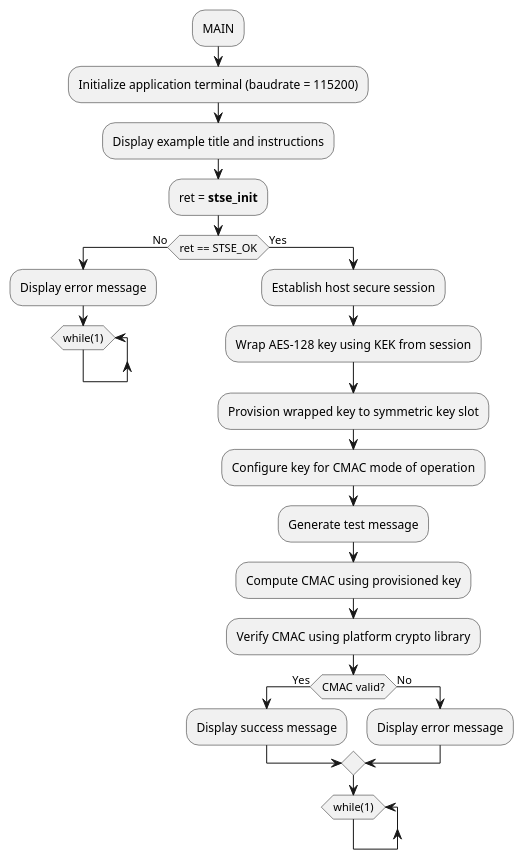
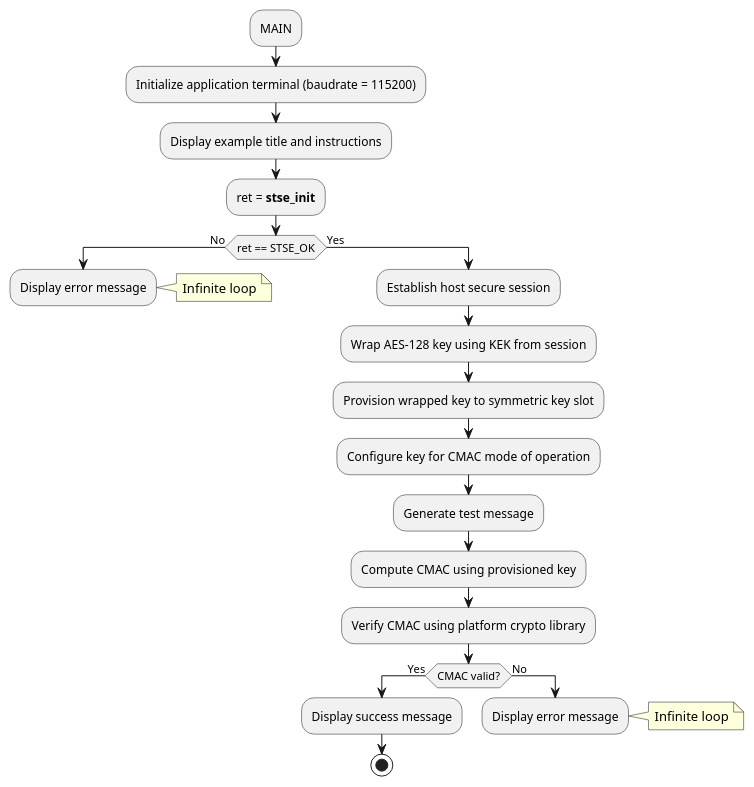
One commit to Grom-perso/STSAFE-A120_examples_dev changed the diagram in Documentation/resources/Markdown/03_Project_examples_description/Symmetric_key_provisioning_wrapped_AES-128_CMAC/STSAFE-A120_Symmetric_key_provisioning_wrapped_AES-128_CMAC.md. Above: the diagram before and after it, drawn with PlantUML. The commit also changed 23 other files, not shown here.

```diff
--- a/Documentation/resources/Markdown/03_Project_examples_description/Symmetric_key_provisioning_wrapped_AES-128_CMAC/STSAFE-A120_Symmetric_key_provisioning_wrapped_AES-128_CMAC.md
+++ b/Documentation/resources/Markdown/03_Project_examples_description/Symmetric_key_provisioning_wrapped_AES-128_CMAC/STSAFE-A120_Symmetric_key_provisioning_wrapped_AES-128_CMAC.md
@@ -11,30 +11,29 @@
 @startuml "Wrapped AES-128 Key Provisioning CMAC flowchart" width=5cm
 	:MAIN;
 	:Initialize application terminal (baudrate = 115200);
 	:Display example title and instructions;
 	:ret = <b>stse_init</b>;
 	if(ret == STSE_OK) then (No)
-	:Display error message;
-	while (while(1))
-	end while
-	-[hidden]->
-	detach
+		:Display error message;
+		note right: Infinite loop
+		-[hidden]->
+		detach
 	else (Yes)
-	:Establish host secure session;
-	:Wrap AES-128 key using KEK from session;
-	:Provision wrapped key to symmetric key slot;
-	:Configure key for CMAC mode of operation;
-	:Generate test message;
-	:Compute CMAC using provisioned key;
-	:Verify CMAC using platform crypto library;
-	if(CMAC valid?) then (Yes)
-	:Display success message;
-	else (No)
-	:Display error message;
-	endif
-	while (while(1))
-	end while
-	-[hidden]->
-	detach
+		:Establish host secure session;
+		:Wrap AES-128 key using KEK from session;
+		:Provision wrapped key to symmetric key slot;
+		:Configure key for CMAC mode of operation;
+		:Generate test message;
+		:Compute CMAC using provisioned key;
+		:Verify CMAC using platform crypto library;
+		if(CMAC valid?) then (Yes)
+			:Display success message;
+			stop
+		else (No)
+			:Display error message;
+			note right: Infinite loop
+			-[hidden]->
+			detach
+		endif
 	endif
 @enduml
```
